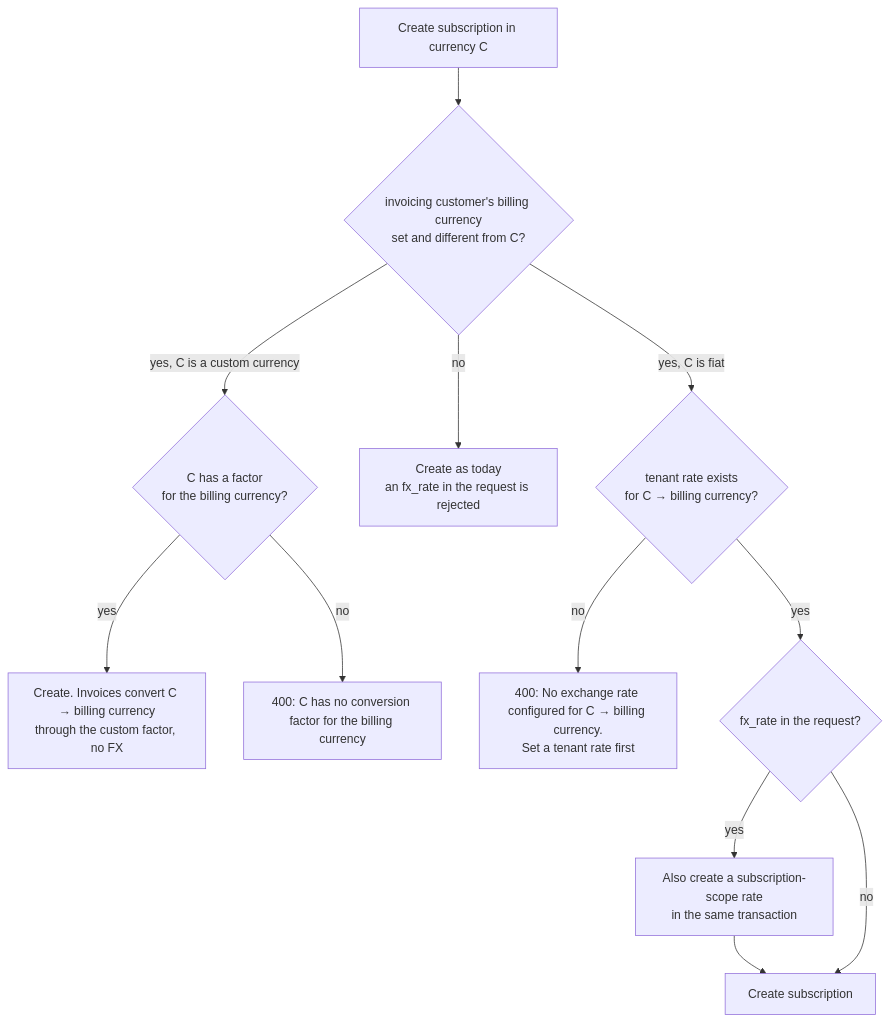
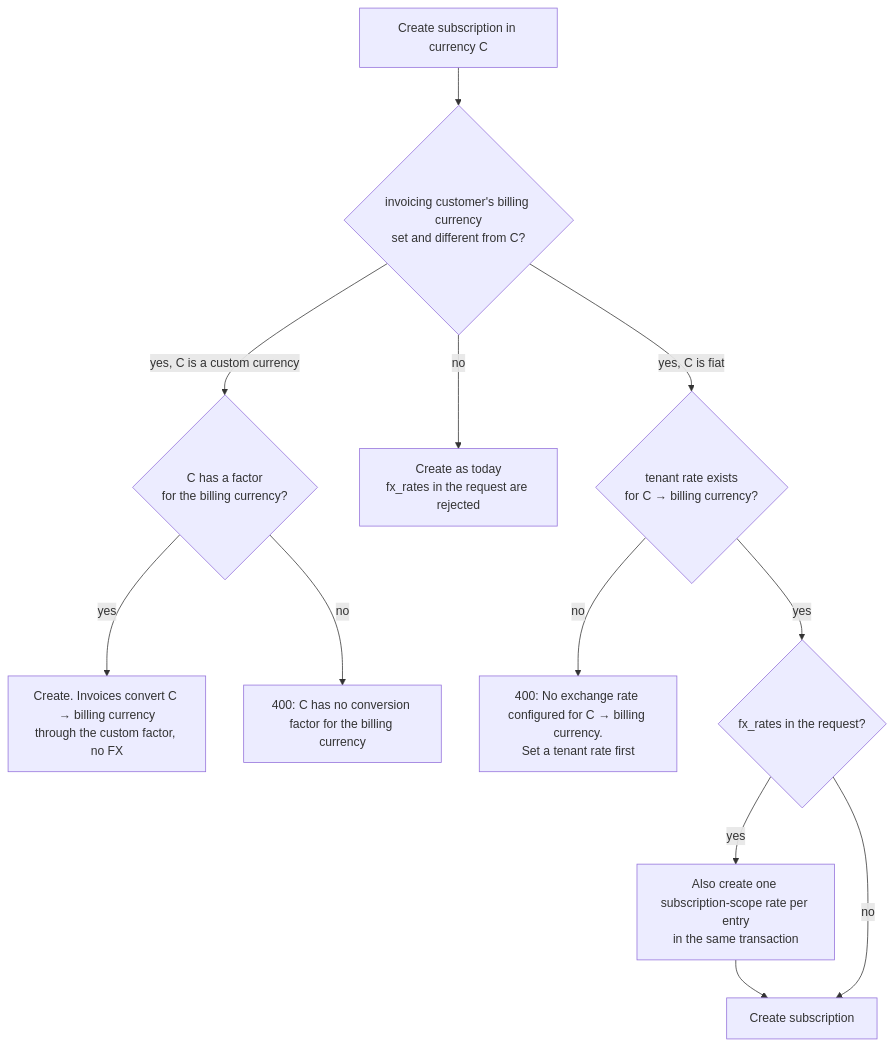
One commit to subratsahilgupta/flexprice changed the seventh of 7 diagrams in docs/design/2026-09-26-FLE-1383-adaptive-multi-currency-erd.md. Above: the diagram before and after it, drawn with Mermaid. The commit also changed other lines of this file and 8 other files, not shown here.

First line of the commit message:
feat(fx): accept windowed fx_rates[] on subscription create

````diff
--- a/docs/design/2026-09-26-FLE-1383-adaptive-multi-currency-erd.md
+++ b/docs/design/2026-09-26-FLE-1383-adaptive-multi-currency-erd.md
@@ -663,13 +663,13 @@
 ```mermaid
 flowchart TD
     A["Create subscription in currency C"] --> B{"invoicing customer's billing currency<br/>set and different from C?"}
     B -- "yes, C is a custom currency" --> CF{"C has a factor<br/>for the billing currency?"}
     CF -- yes --> CREATE3["Create. Invoices convert C → billing currency<br/>through the custom factor, no FX"]
     CF -- no --> RJC["400: C has no conversion factor for the billing currency"]
-    B -- no --> CREATE["Create as today<br/>an fx_rate in the request is rejected"]
+    B -- no --> CREATE["Create as today<br/>fx_rates in the request are rejected"]
     B -- "yes, C is fiat" --> TR{"tenant rate exists<br/>for C → billing currency?"}
     TR -- no --> RJ["400: No exchange rate configured for C → billing currency.<br/>Set a tenant rate first"]
-    TR -- yes --> INL{"fx_rate in the request?"}
-    INL -- yes --> ROW["Also create a subscription-scope rate<br/>in the same transaction"] --> CREATE2["Create subscription"]
+    TR -- yes --> INL{"fx_rates in the request?"}
+    INL -- yes --> ROW["Also create one subscription-scope rate per entry<br/>in the same transaction"] --> CREATE2["Create subscription"]
     INL -- no --> CREATE2
 ```
````
